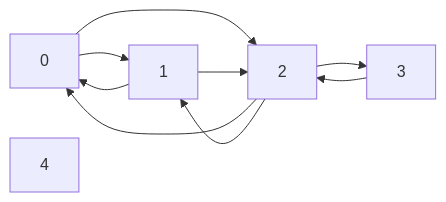
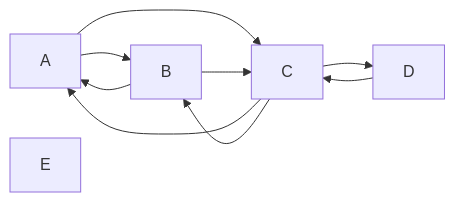
Before and after one commit to ShayGali/sp2_ex1: the second of 3 diagrams in tests_readme.md, drawn with Mermaid. The commit also changed other lines of this file, not shown here.

````diff
--- a/tests_readme.md
+++ b/tests_readme.md
@@ -29,12 +29,12 @@
 ```mermaid
 graph LR;
-    A[0]-->B[1];
-    A[0]-->C[2];
-    B[1]-->A[0];
-    B[1]-->C[2];
-    C[2]-->A[0];
-    C[2]-->B[1];
-    C[2]-->D[3];
-    D[3]-->C[2];
-    E[4];
+    A-->B;
+    A-->C;
+    B-->A;
+    B-->C;
+    C-->A;
+    C-->B;
+    C-->D;
+    D-->C;
+    E;
 ```
````
